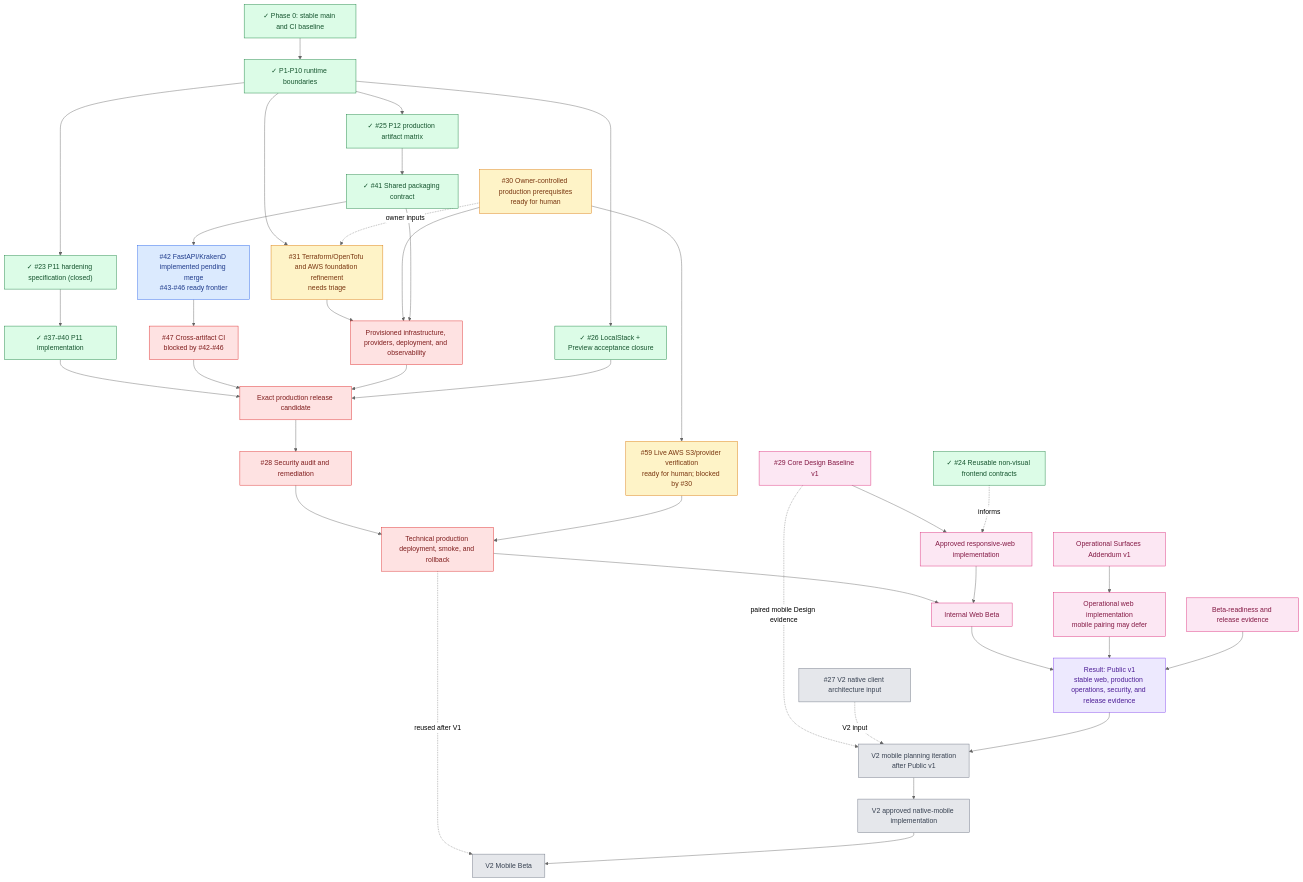
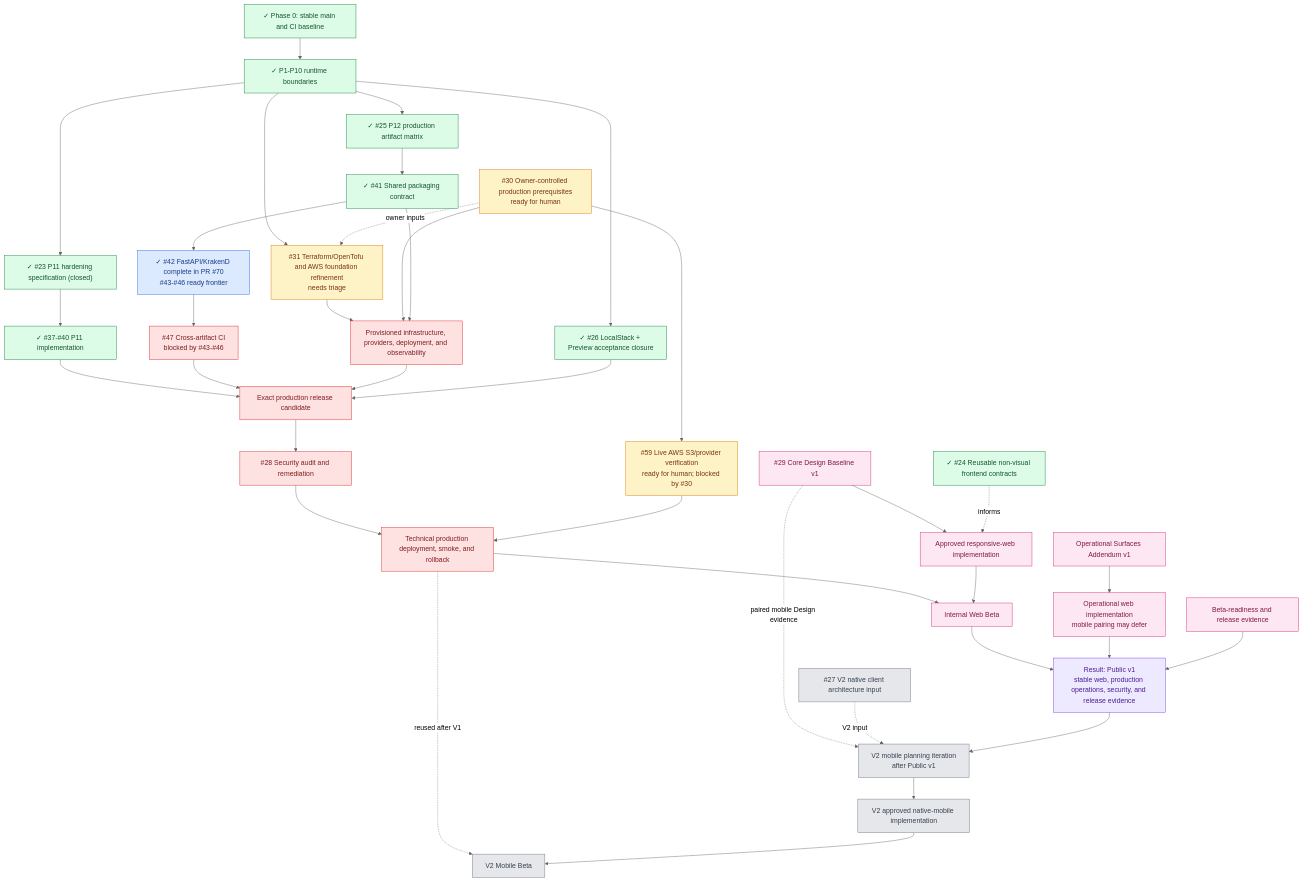
One commit to starkovalera/recipe-manager changed the third of 3 diagrams in docs/roadmap.md. Above: the diagram before and after it, drawn with Mermaid (neutral theme). The commit also changed other lines of this file and 3 other files, not shown here.

```diff
--- a/docs/roadmap.md
+++ b/docs/roadmap.md
@@ -174,8 +174,8 @@
   p11Implementation["✓ #37-#40 P11 implementation"]
   p12Spec["✓ #25 P12 production artifact matrix"]
   p12Shared["✓ #41 Shared packaging contract"]
-  p12Artifacts["#42 FastAPI/KrakenD implemented pending merge<br/>#43-#46 ready frontier"]
-  p12Ci["#47 Cross-artifact CI<br/>blocked by #42-#46"]
+  p12Artifacts["✓ #42 FastAPI/KrakenD complete in PR #70<br/>#43-#46 ready frontier"]
+  p12Ci["#47 Cross-artifact CI<br/>blocked by #43-#46"]
   localstack["✓ #26 LocalStack + Preview acceptance closure"]
   liveAws["#59 Live AWS S3/provider verification<br/>ready for human; blocked by #30"]
   frontendAudit["✓ #24 Reusable non-visual frontend contracts"]
```
